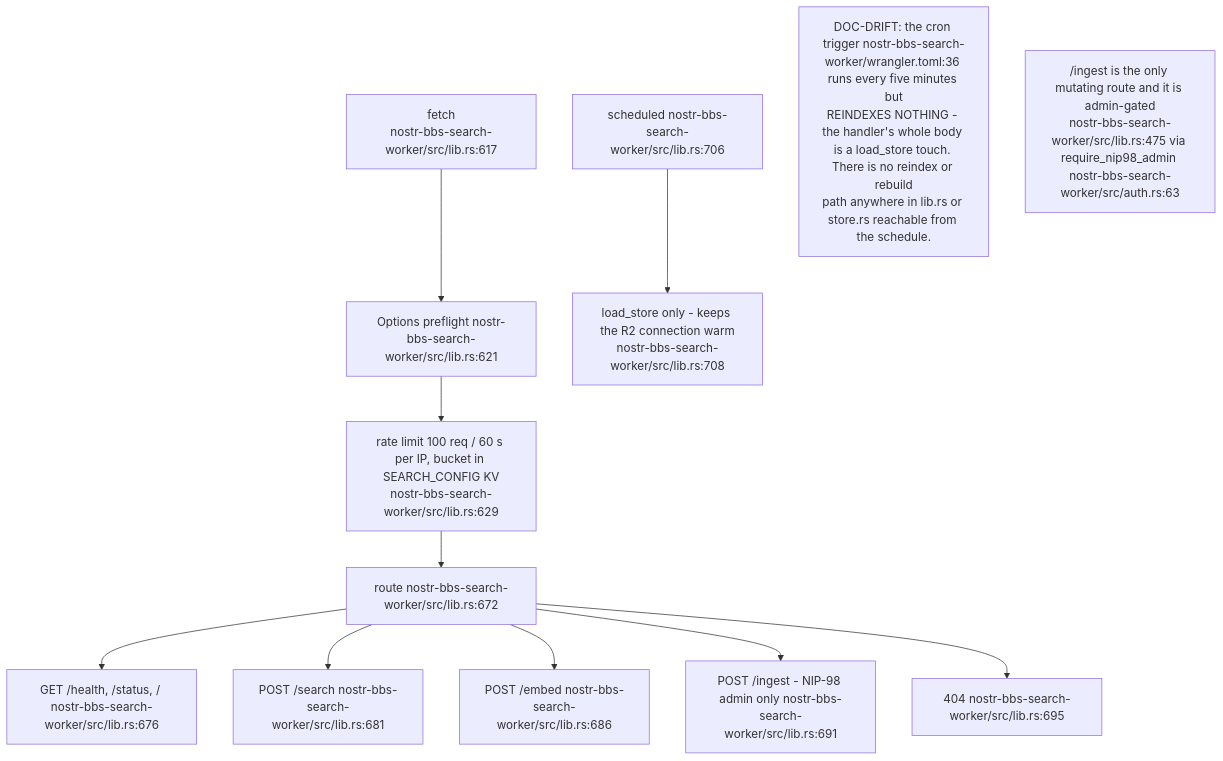
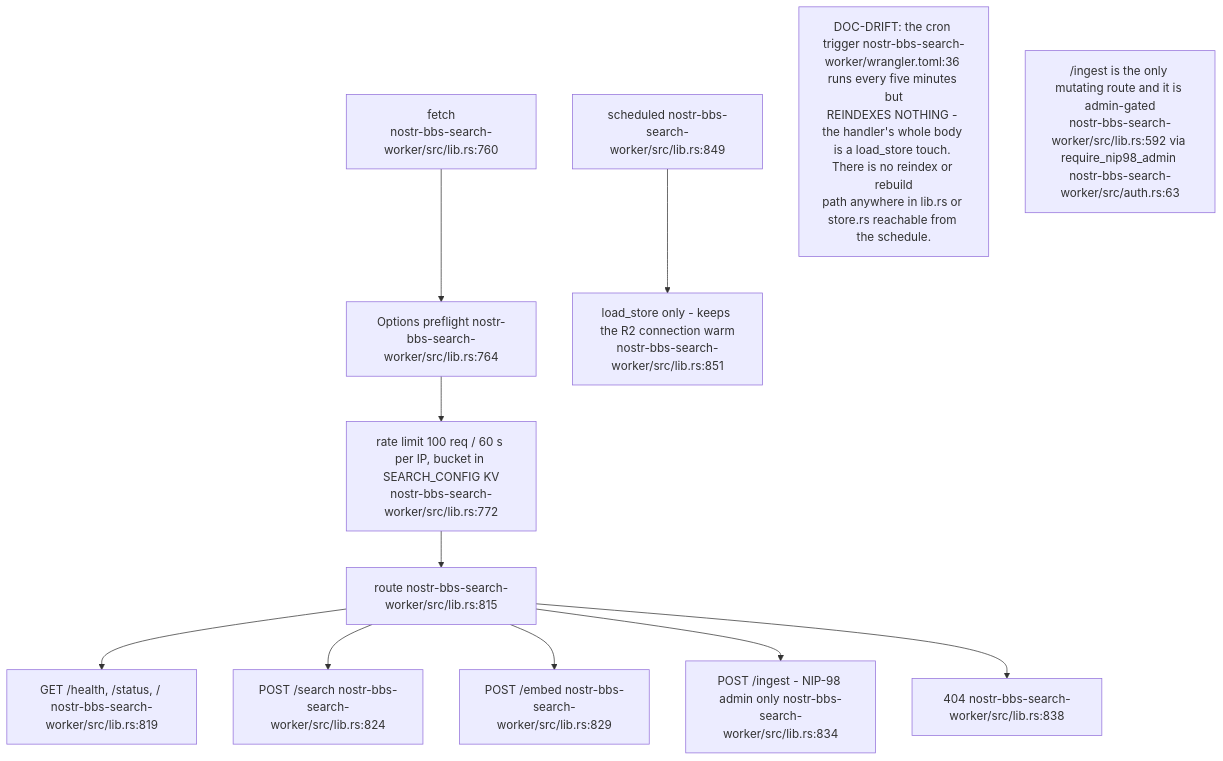
The first of 8 diagrams in docs/diagrams/nostr-rust-forum/07-search-preview-and-shared-worker-utilities.md (DreamLab-AI/VisionFlow), drawn with Mermaid before and after one commit. The commit also changed other lines of this file and 11 other files, not shown here.

````diff
--- a/docs/diagrams/nostr-rust-forum/07-search-preview-and-shared-worker-utilities.md
+++ b/docs/diagrams/nostr-rust-forum/07-search-preview-and-shared-worker-utilities.md
@@ -32,21 +32,21 @@
 ```mermaid
 flowchart TB
-    F["fetch<br/>nostr-bbs-search-worker/src/lib.rs:617"]
-    OPT["Options preflight nostr-bbs-search-worker/src/lib.rs:621"]
-    RL["rate limit 100 req / 60 s per IP, bucket in SEARCH_CONFIG KV<br/>nostr-bbs-search-worker/src/lib.rs:629"]
-    RT["route nostr-bbs-search-worker/src/lib.rs:672"]
-    H["GET /health, /status, / nostr-bbs-search-worker/src/lib.rs:676"]
-    S["POST /search nostr-bbs-search-worker/src/lib.rs:681"]
-    E["POST /embed nostr-bbs-search-worker/src/lib.rs:686"]
-    I["POST /ingest - NIP-98 admin only nostr-bbs-search-worker/src/lib.rs:691"]
-    NF404["404 nostr-bbs-search-worker/src/lib.rs:695"]
-    CRON["scheduled nostr-bbs-search-worker/src/lib.rs:706"]
+    F["fetch<br/>nostr-bbs-search-worker/src/lib.rs:760"]
+    OPT["Options preflight nostr-bbs-search-worker/src/lib.rs:764"]
+    RL["rate limit 100 req / 60 s per IP, bucket in SEARCH_CONFIG KV<br/>nostr-bbs-search-worker/src/lib.rs:772"]
+    RT["route nostr-bbs-search-worker/src/lib.rs:815"]
+    H["GET /health, /status, / nostr-bbs-search-worker/src/lib.rs:819"]
+    S["POST /search nostr-bbs-search-worker/src/lib.rs:824"]
+    E["POST /embed nostr-bbs-search-worker/src/lib.rs:829"]
+    I["POST /ingest - NIP-98 admin only nostr-bbs-search-worker/src/lib.rs:834"]
+    NF404["404 nostr-bbs-search-worker/src/lib.rs:838"]
+    CRON["scheduled nostr-bbs-search-worker/src/lib.rs:849"]
 
     F --> OPT --> RL --> RT
     RT --> H & S & E & I
     RT --> NF404
-    CRON --> WARM["load_store only - keeps the R2 connection warm<br/>nostr-bbs-search-worker/src/lib.rs:708"]
+    CRON --> WARM["load_store only - keeps the R2 connection warm<br/>nostr-bbs-search-worker/src/lib.rs:851"]
 
     N1["DOC-DRIFT: the cron trigger nostr-bbs-search-worker/wrangler.toml:36 runs every five minutes but<br/>REINDEXES NOTHING - the handler's whole body is a load_store touch. There is no reindex or rebuild<br/>path anywhere in lib.rs or store.rs reachable from the schedule."]
-    N2["/ingest is the only mutating route and it is admin-gated<br/>nostr-bbs-search-worker/src/lib.rs:475 via require_nip98_admin nostr-bbs-search-worker/src/auth.rs:63"]
+    N2["/ingest is the only mutating route and it is admin-gated<br/>nostr-bbs-search-worker/src/lib.rs:592 via require_nip98_admin nostr-bbs-search-worker/src/auth.rs:63"]
 ```
````
